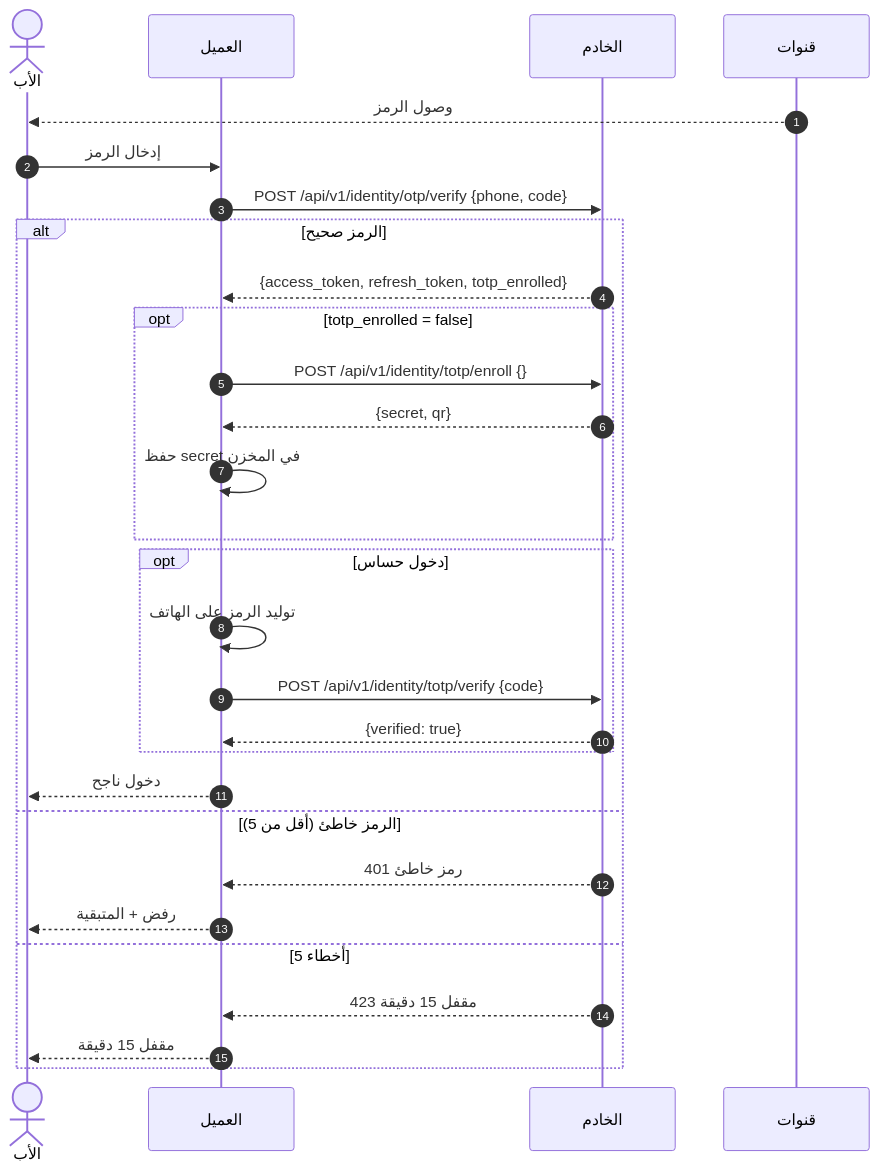
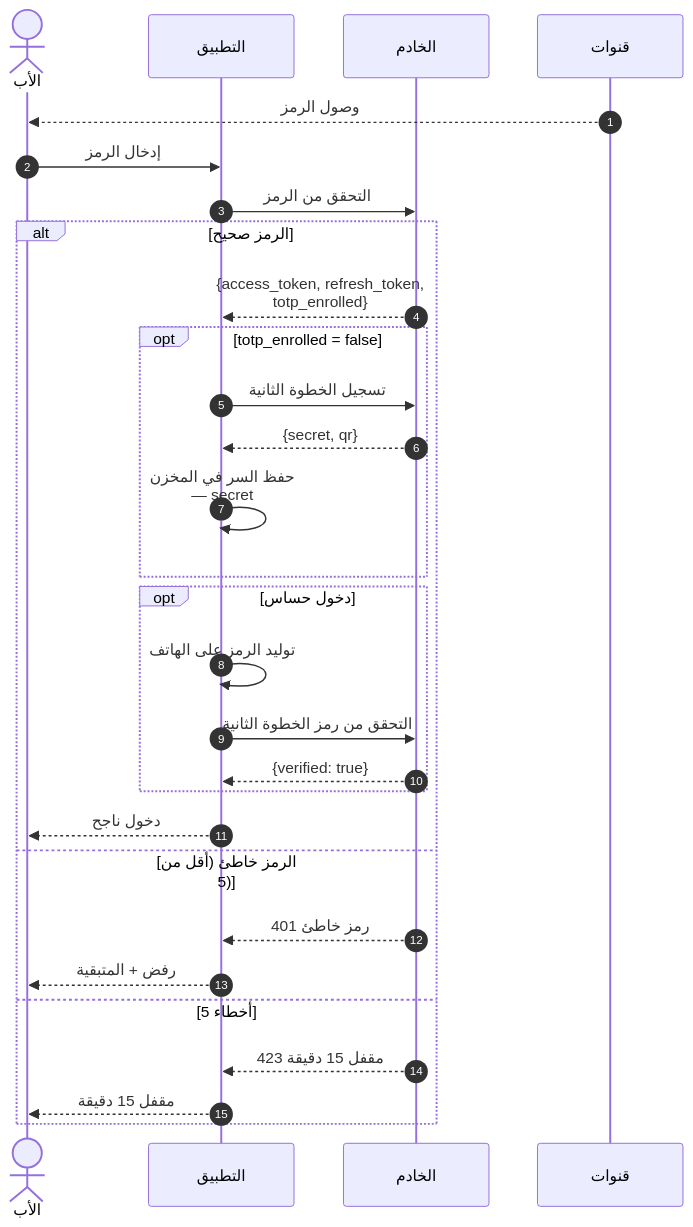
The sixth of 36 diagrams in docs/family-os/governance/phases/phase-1/S1-02-identity-and-onboarding/DIAGRAMS.md (Bassam-mohammed-alqaeadi/family-os-v2), drawn with Mermaid before and after one commit. The commit also changed other lines of this file, not shown here.

````diff
--- a/docs/family-os/governance/phases/phase-1/S1-02-identity-and-onboarding/DIAGRAMS.md
+++ b/docs/family-os/governance/phases/phase-1/S1-02-identity-and-onboarding/DIAGRAMS.md
@@ -328,31 +331,32 @@
 ```mermaid
+%%{init: {"sequence": {"wrap": true}}}%%
 sequenceDiagram
     autonumber
     actor Father as الأب
-    participant Client as العميل
+    participant App as التطبيق
     participant Ktor as الخادم
     participant Channels as قنوات
     Channels-->>Father: وصول الرمز
-    Father->>Client: إدخال الرمز
-    Client->>Ktor: POST /api/v1/identity/otp/verify {phone, code}
+    Father->>App: إدخال الرمز
+    App->>Ktor: التحقق من الرمز
     alt الرمز صحيح
-        Ktor-->>Client: {access_token, refresh_token, totp_enrolled}
+        Ktor-->>App: {access_token, refresh_token, totp_enrolled}
         opt totp_enrolled = false
-            Client->>Ktor: POST /api/v1/identity/totp/enroll {}
-            Ktor-->>Client: {secret, qr}
-            Client->>Client: حفظ secret في المخزن
+            App->>Ktor: تسجيل الخطوة الثانية
+            Ktor-->>App: {secret, qr}
+            App->>App: حفظ السر في المخزن — secret
         end
         opt دخول حساس
-            Client->>Client: توليد الرمز على الهاتف
-            Client->>Ktor: POST /api/v1/identity/totp/verify {code}
-            Ktor-->>Client: {verified: true}
+            App->>App: توليد الرمز على الهاتف
+            App->>Ktor: التحقق من رمز الخطوة الثانية
+            Ktor-->>App: {verified: true}
         end
-        Client-->>Father: دخول ناجح
+        App-->>Father: دخول ناجح
     else الرمز خاطئ (أقل من 5)
-        Ktor-->>Client: 401 رمز خاطئ
-        Client-->>Father: رفض + المتبقية
+        Ktor-->>App: 401 رمز خاطئ
+        App-->>Father: رفض + المتبقية
     else 5 أخطاء
-        Ktor-->>Client: 423 مقفل 15 دقيقة
-        Client-->>Father: مقفل 15 دقيقة
+        Ktor-->>App: 423 مقفل 15 دقيقة
+        App-->>Father: مقفل 15 دقيقة
     end
 ```
````
